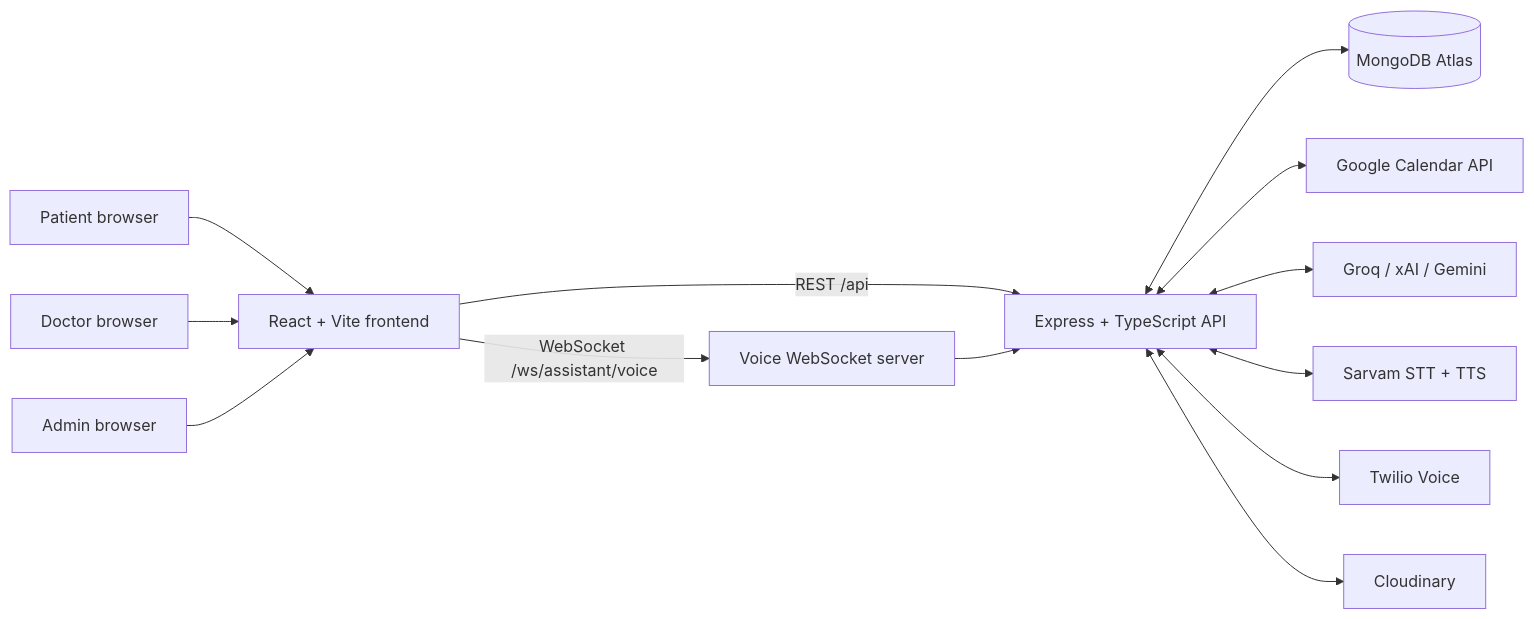
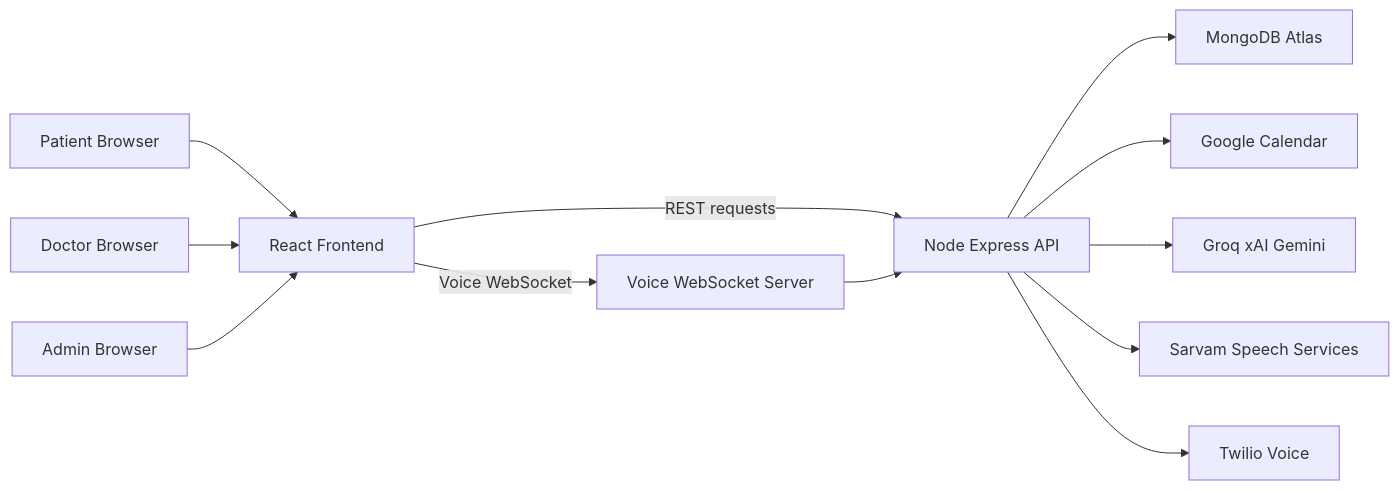
One commit to sumitsingh24k/Doctor_AI_Platform changed the first of 11 diagrams in SYSTEM_ARCHITECTURE.md. Above: the diagram before and after it, drawn with Mermaid. The commit also changed other lines of this file and 2 other files, not shown here.

Commit message:
system architecture & project flow add

````diff
--- a/SYSTEM_ARCHITECTURE.md
+++ b/SYSTEM_ARCHITECTURE.md
@@ -16,28 +7,14 @@
 ```mermaid
 flowchart LR
-  Patient[Patient browser]
-  Doctor[Doctor browser]
-  Admin[Admin browser]
-  UI[React + Vite frontend]
-  API[Express + TypeScript API]
-  WS[Voice WebSocket server]
-  DB[(MongoDB Atlas)]
-  Calendar[Google Calendar API]
-  LLM[Groq / xAI / Gemini]
-  Sarvam[Sarvam STT + TTS]
-  Twilio[Twilio Voice]
-  Cloudinary[Cloudinary]
-
-  Patient --> UI
-  Doctor --> UI
-  Admin --> UI
-  UI -->|REST /api| API
-  UI -->|WebSocket /ws/assistant/voice| WS
-  WS --> API
-  API <--> DB
-  API <--> Calendar
-  API <--> LLM
-  API <--> Sarvam
-  API <--> Twilio
-  API <--> Cloudinary
+    Patient["Patient Browser"] --> Frontend["React Frontend"]
+    Doctor["Doctor Browser"] --> Frontend
+    Admin["Admin Browser"] --> Frontend
+    Frontend -->|"REST requests"| Backend["Node Express API"]
+    Frontend -->|"Voice WebSocket"| Voice["Voice WebSocket Server"]
+    Voice --> Backend
+    Backend --> Mongo["MongoDB Atlas"]
+    Backend --> Calendar["Google Calendar"]
+    Backend --> Models["Groq xAI Gemini"]
+    Backend --> Sarvam["Sarvam Speech Services"]
+    Backend --> Twilio["Twilio Voice"]
 ```
````
